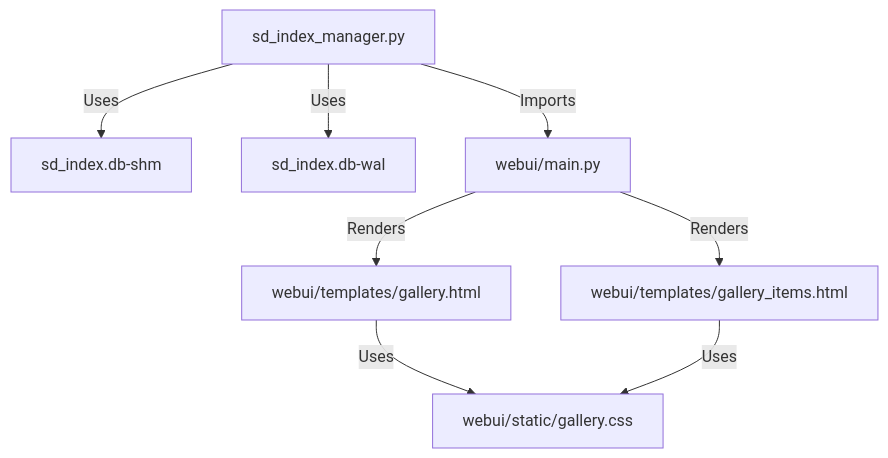
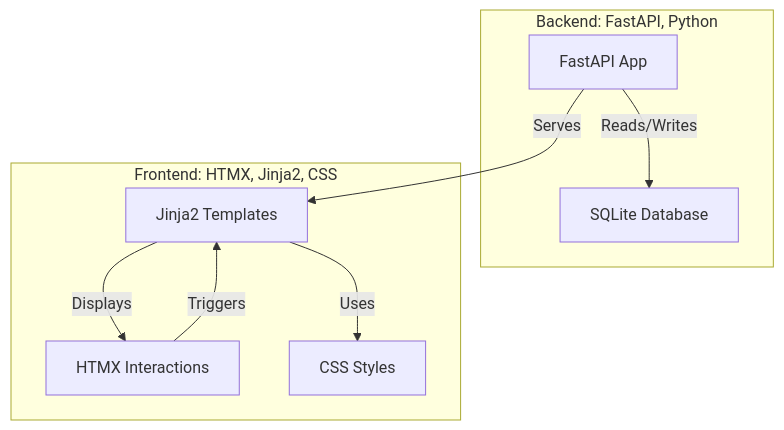
One commit to chickenanarchy/sd_image_gallery changed the diagram in README.md. Above: the diagram before and after it, drawn with Mermaid. The commit also changed 1 other file, not shown here.

Commit message:
Update Mermaid chart to show architecture and technologies

````diff
--- a/README.md
+++ b/README.md
@@ -12,10 +12,19 @@
 ```mermaid
 graph TD
-    A[sd_index_manager.py] -->|Uses| B[sd_index.db-shm]
-    A -->|Uses| C[sd_index.db-wal]
-    A -->|Imports| D[webui/main.py]
-    D -->|Renders| E[webui/templates/gallery.html]
-    D -->|Renders| F[webui/templates/gallery_items.html]
-    E -->|Uses| G[webui/static/gallery.css]
-    F -->|Uses| G
+    subgraph Backend [Backend: FastAPI, Python]
+        A[FastAPI App]
+        B[SQLite Database]
+        A -->|Reads/Writes| B
+    end
+
+    subgraph Frontend [Frontend: HTMX, Jinja2, CSS]
+        C[HTMX Interactions]
+        D[Jinja2 Templates]
+        E[CSS Styles]
+        D -->|Uses| E
+        C -->|Triggers| D
+    end
+
+    A -->|Serves| D
+    D -->|Displays| C
 ```
````
